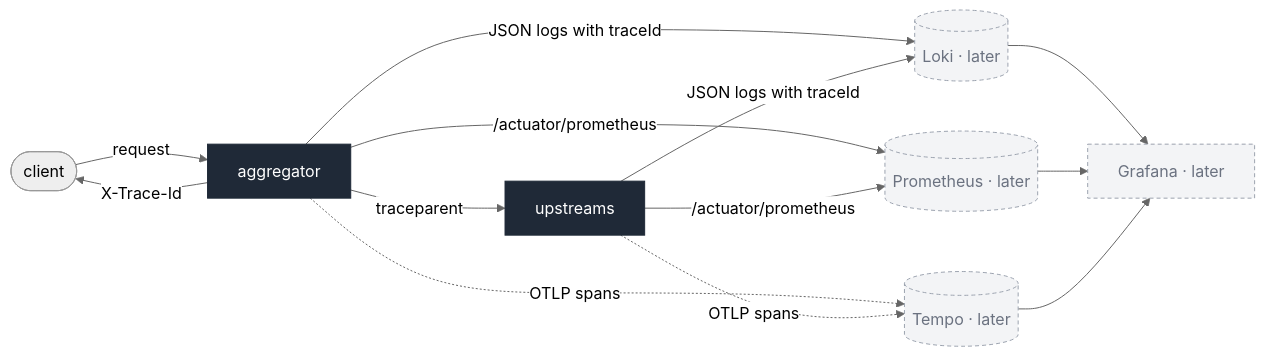
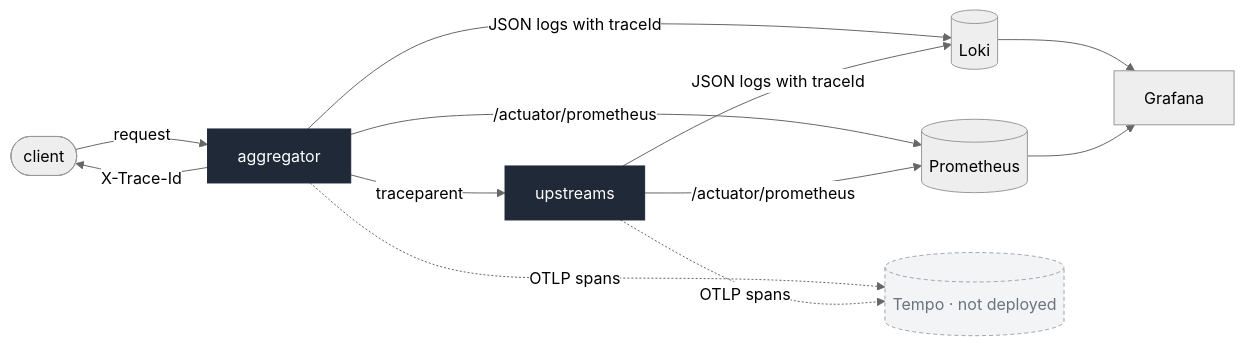
Before and after one commit to dawid-walter/shopper: the diagram in docs/adr/0018-observability-structured-logs-metrics-health-and-trace-context.md, drawn with Mermaid (neutral theme). The commit also changed other lines of this file and 2 other files, not shown here.

Commit message:
docs(adr): describe Toxiproxy always on and the observability profile (ADR 0014, 0018)

````diff
--- a/docs/adr/0018-observability-structured-logs-metrics-health-and-trace-context.md
+++ b/docs/adr/0018-observability-structured-logs-metrics-health-and-trace-context.md
@@ -43,15 +43,15 @@
 ```mermaid
 flowchart LR
   C(["client"]) -- "request" --> A["aggregator"]
   A -- "X-Trace-Id" --> C
   A -- "traceparent" --> U["upstreams"]
-  A & U -- "JSON logs with traceId" --> L[("Loki · later")]
-  A & U -- "/actuator/prometheus" --> P[("Prometheus · later")]
-  A & U -. "OTLP spans" .-> T[("Tempo · later")]
-  L & P & T --> G["Grafana · later"]
+  A & U -- "JSON logs with traceId" --> L[("Loki")]
+  A & U -- "/actuator/prometheus" --> P[("Prometheus")]
+  A & U -. "OTLP spans" .-> T[("Tempo · not deployed")]
+  L & P --> G["Grafana"]
 
   classDef svc fill:#1f2937,stroke:#1f2937,color:#fff
   classDef later fill:#f3f4f6,stroke:#9ca3af,color:#6b7280,stroke-dasharray:4 3
   class A,U svc
-  class L,P,T,G later
+  class T later
 ```
````
